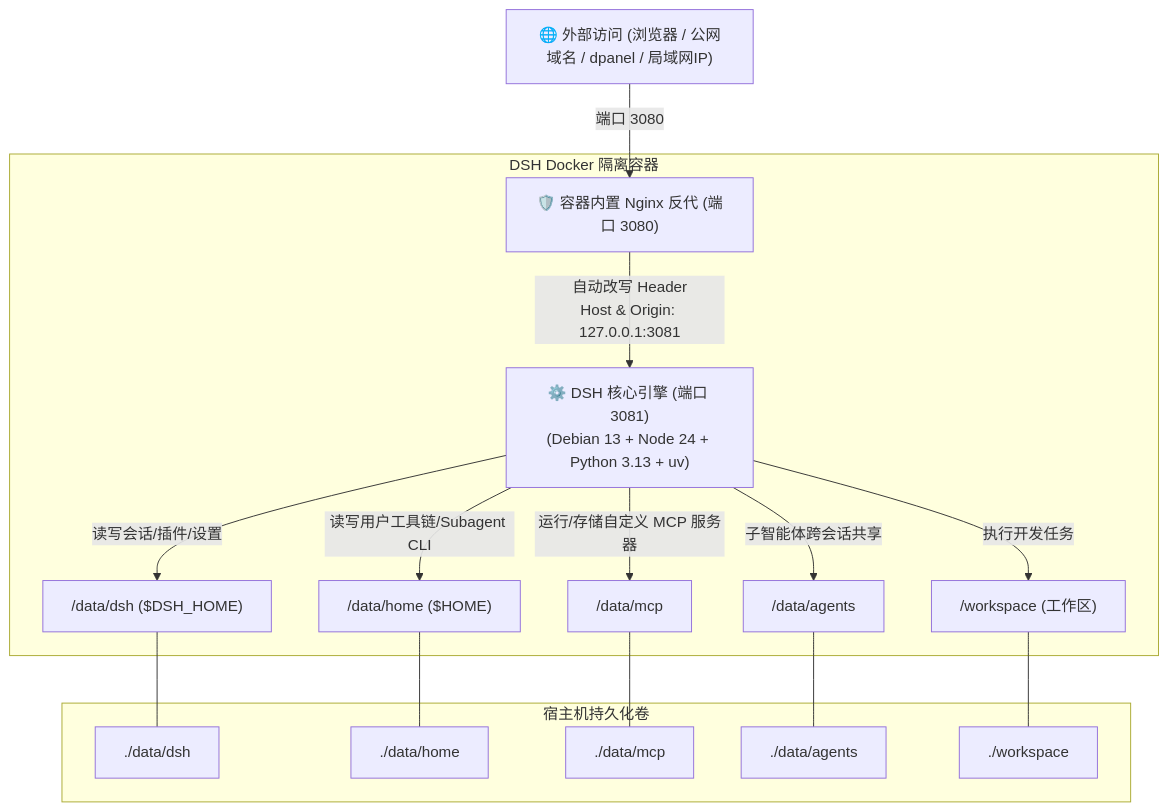
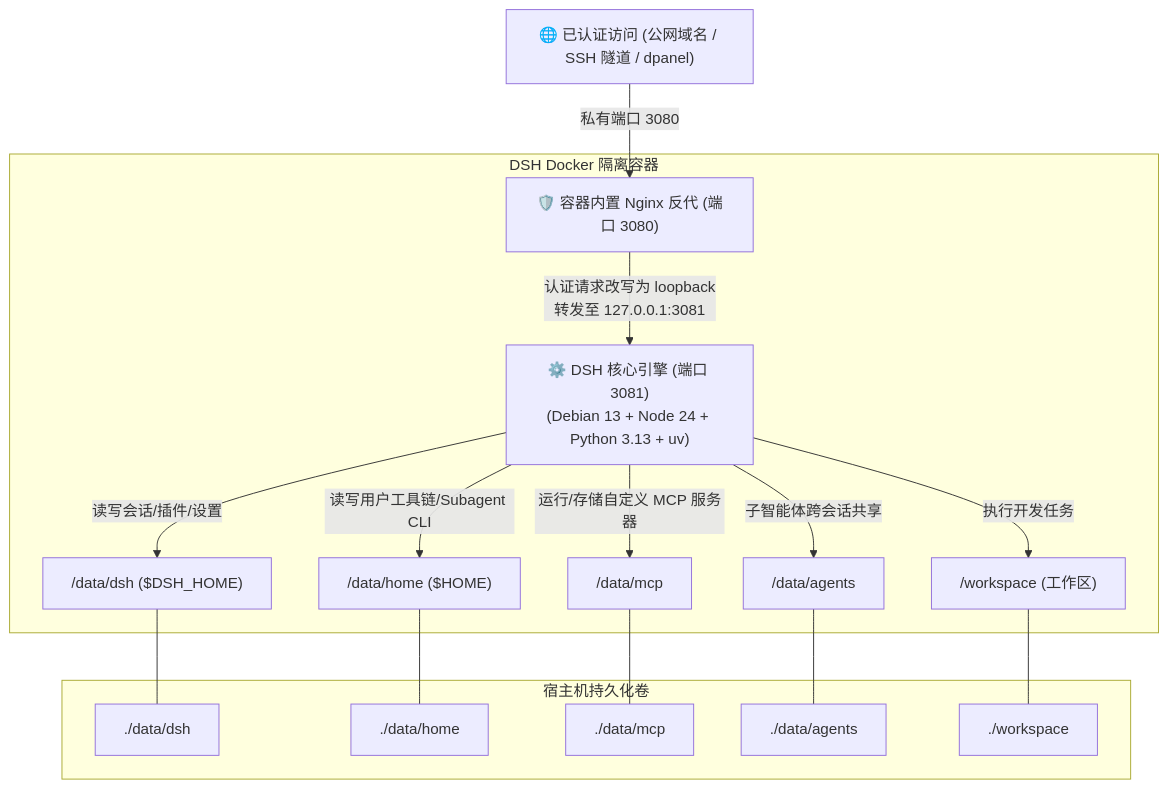
One commit to univers629/dsh-docker changed the diagram in README.md. Above: the diagram before and after it, drawn with Mermaid. The commit also changed other lines of this file and 1 other file, not shown here.

````diff
--- a/README.md
+++ b/README.md
@@ -88,22 +88,22 @@
 ```mermaid
 graph TD
-    User["🌐 外部访问 (浏览器 / 公网域名 / dpanel / 局域网IP)"] -->|端口 3080| NGINX["🛡️ 容器内置 Nginx 反代 (端口 3080)"]
+    User["🌐 已认证访问 (公网域名 / SSH 隧道 / dpanel)"] -->|私有端口 3080| NGINX["🛡️ 容器内置 Nginx 反代 (端口 3080)"]
     
     subgraph DSH Docker 隔离容器
-        NGINX -->|自动改写 Header<br>Host & Origin: 127.0.0.1:3081| BACKEND["⚙️ DSH 核心引擎 (端口 3081)<br>(Debian 13 + Node 24 + Python 3.13 + uv)"]
+        NGINX -->|认证请求改写为 loopback<br>转发至 127.0.0.1:3081| BACKEND["⚙️ DSH 核心引擎 (端口 3081)<br>(Debian 13 + Node 24 + Python 3.13 + uv)"]
         
         BACKEND -->|读写会话/插件/设置| V1["/data/dsh ($DSH_HOME)"]
         BACKEND -->|读写用户工具链/Subagent CLI| V2["/data/home ($HOME)"]
         BACKEND -->|运行/存储自定义 MCP 服务器| V3["/data/mcp"]
         BACKEND -->|子智能体跨会话共享| V4["/data/agents"]
         BACKEND -->|执行开发任务| V5["/workspace (工作区)"]
     end
     
     subgraph 宿主机持久化卷
         V1 --- H1["./data/dsh"]
         V2 --- H2["./data/home"]
         V3 --- H3["./data/mcp"]
         V4 --- H4["./data/agents"]
         V5 --- H5["./workspace"]
     end
 ```
````
